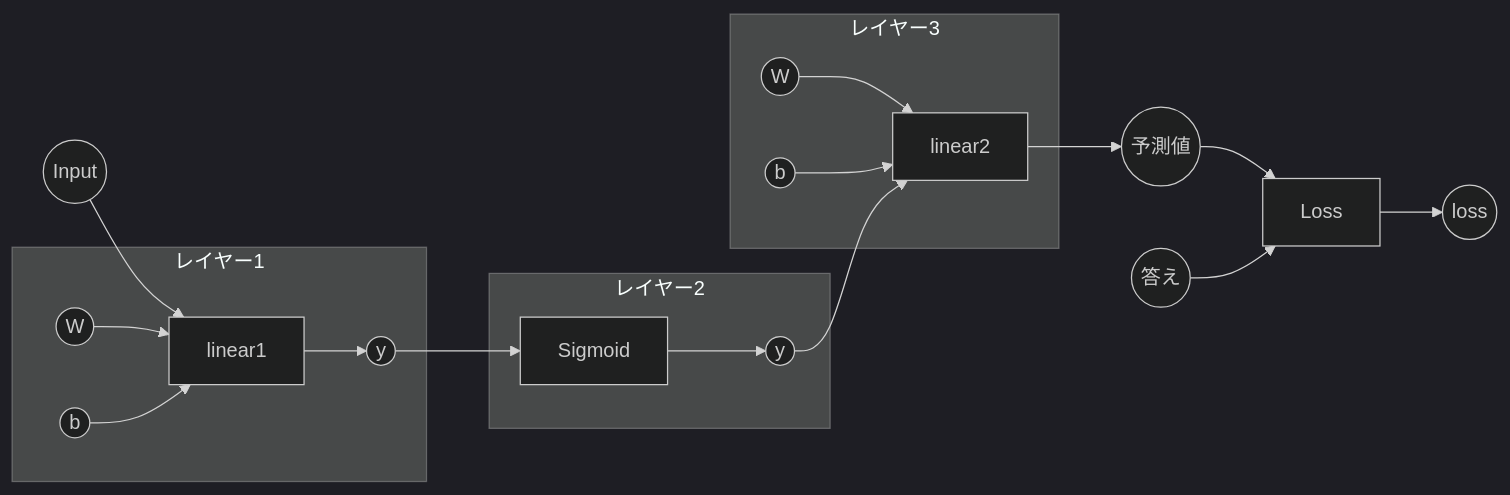
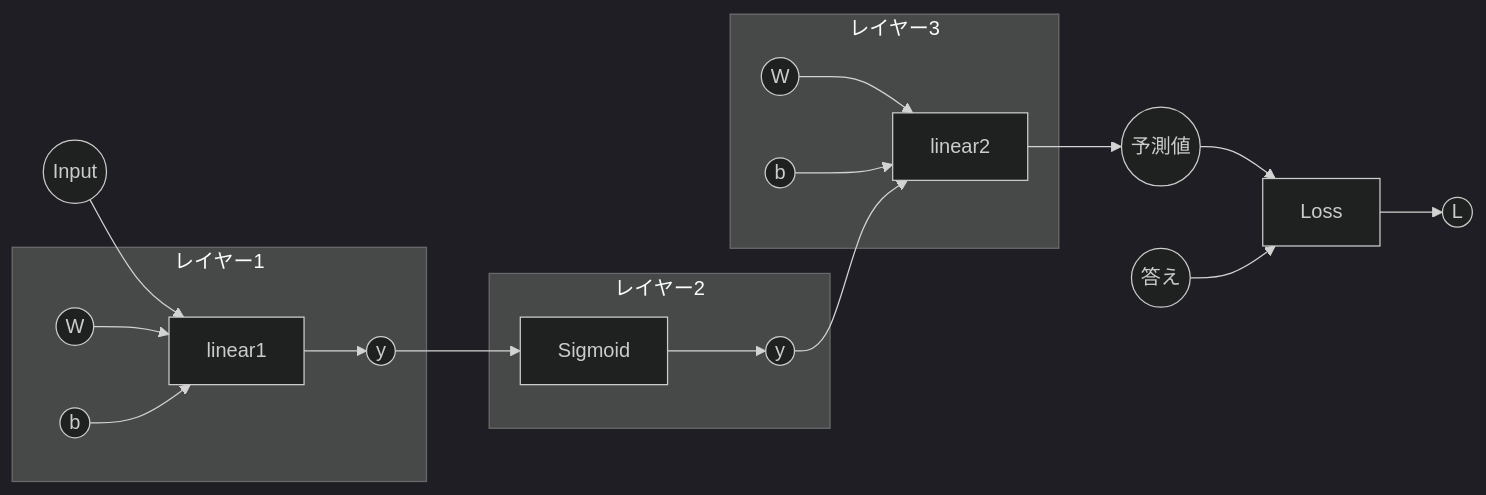
Before and after one commit to chitono/StuCrs: the diagram in docs/book-basic/src/NN_building/NN_syudou_jissou/gosa_gyakudenpan.md, drawn with Mermaid (dark theme). The commit also changed other lines of this file and 2 other files, not shown here.

````diff
--- a/docs/book-basic/src/NN_building/NN_syudou_jissou/gosa_gyakudenpan.md
+++ b/docs/book-basic/src/NN_building/NN_syudou_jissou/gosa_gyakudenpan.md
@@ -15,24 +23,24 @@
 ```mermaid
 graph LR
  X((Input)) --> linear1
  subgraph レイヤー1
  w1((W)) --> linear1
  b1((b)) --> linear1
  linear1 --> y1((y))
  end
  
  subgraph レイヤー2
  Sigmoid --> y2((y))
  end
  subgraph レイヤー3
  w2((W)) --> linear2
  b2((b)) --> linear2
  end
 
 y1 --> Sigmoid
 y2 --> linear2
 linear2 --> pre((予測値))
 pre --> Loss
 t((答え)) --> Loss
-Loss --> loss((loss))
+Loss --> loss((L))
 ```
````
